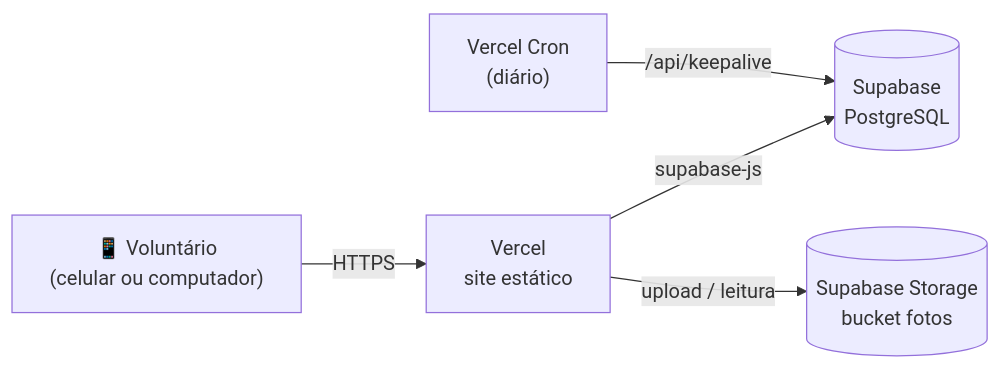
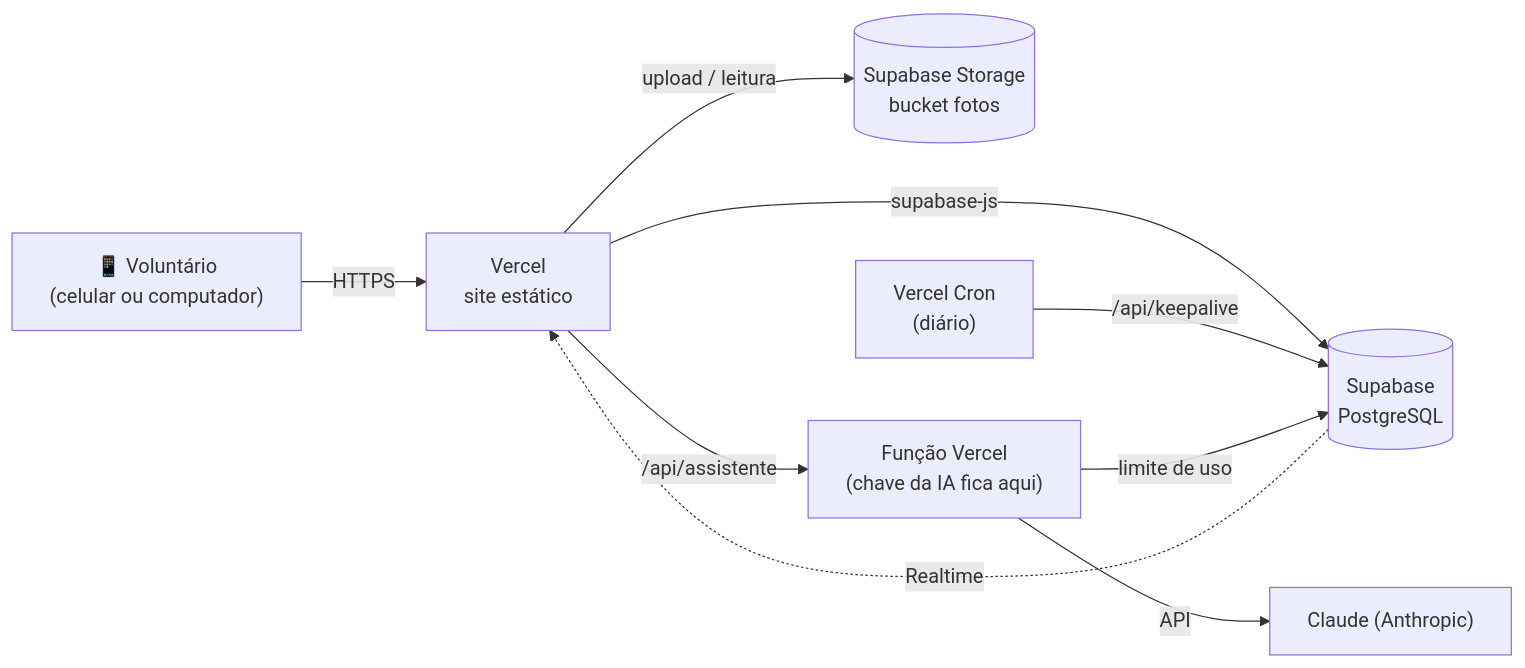
Before and after one commit to D4NIELT0RRES/patinhas-canil: the first of 2 diagrams in README.md, drawn with Mermaid. The commit also changed other lines of this file and 14 other files, not shown here.

````diff
--- a/README.md
+++ b/README.md
@@ -84,7 +101,11 @@
 ```mermaid
 flowchart LR
     V["📱 Voluntário<br/>(celular ou computador)"] -->|HTTPS| W["Vercel<br/>site estático"]
     W -->|supabase-js| D[("Supabase<br/>PostgreSQL")]
     W -->|upload / leitura| S[("Supabase Storage<br/>bucket fotos")]
     C["Vercel Cron<br/>(diário)"] -->|/api/keepalive| D
+    W -->|/api/assistente| F["Função Vercel<br/>(chave da IA fica aqui)"]
+    F -->|API| A["Claude (Anthropic)"]
+    F -->|limite de uso| D
+    D -.->|Realtime| W
 ```
````
